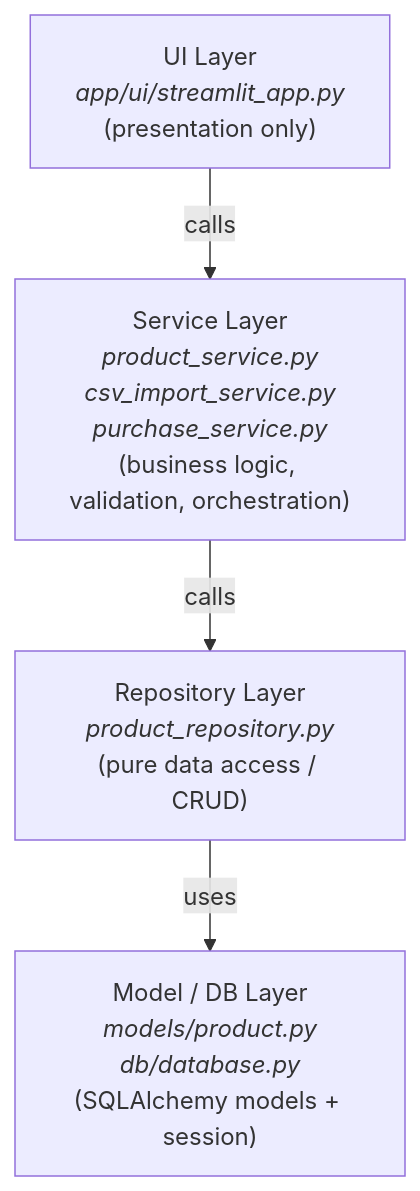
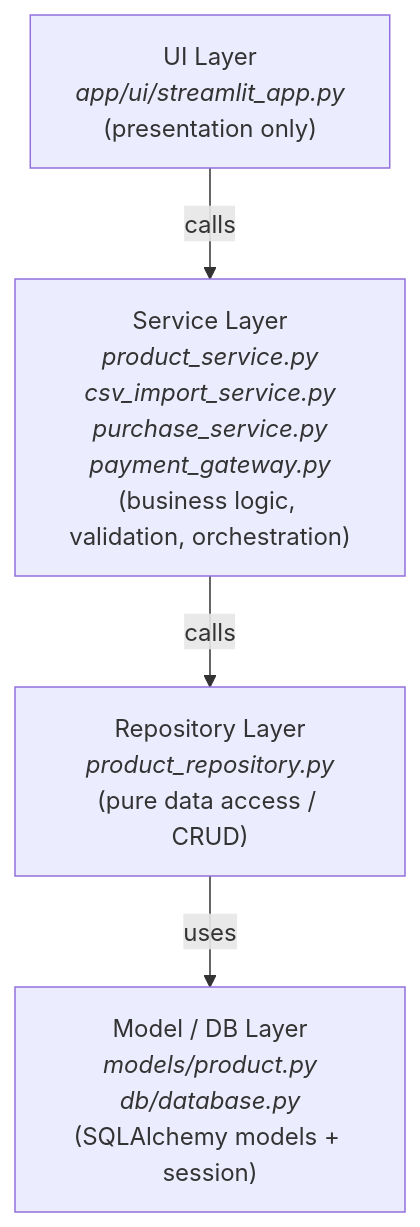
Before and after one commit to danuresti/ecommerce-challenge: the second of 4 diagrams in docs/Architecture.md, drawn with Mermaid. The commit also changed other lines of this file and 3 other files, not shown here.

Commit message:
Add Purchase service and Payment Gateway. Updated required files/design accordingly to the new changes

````diff
--- a/docs/Architecture.md
+++ b/docs/Architecture.md
@@ -29,11 +29,11 @@
 ```mermaid
 flowchart TB
     UI["UI Layer<br/><i>app/ui/streamlit_app.py</i><br/>(presentation only)"]
-    SVC["Service Layer<br/><i>product_service.py</i><br/><i>csv_import_service.py</i><br/><i>purchase_service.py</i><br/>(business logic, validation, orchestration)"]
+    SVC["Service Layer<br/><i>product_service.py</i><br/><i>csv_import_service.py</i><br/><i>purchase_service.py</i><br/><i>payment_gateway.py</i><br/>(business logic, validation, orchestration)"]
     REPO["Repository Layer<br/><i>product_repository.py</i><br/>(pure data access / CRUD)"]
     MODEL["Model / DB Layer<br/><i>models/product.py</i><br/><i>db/database.py</i><br/>(SQLAlchemy models + session)"]
 
     UI -->|calls| SVC
     SVC -->|calls| REPO
     REPO -->|uses| MODEL
 ```
````
